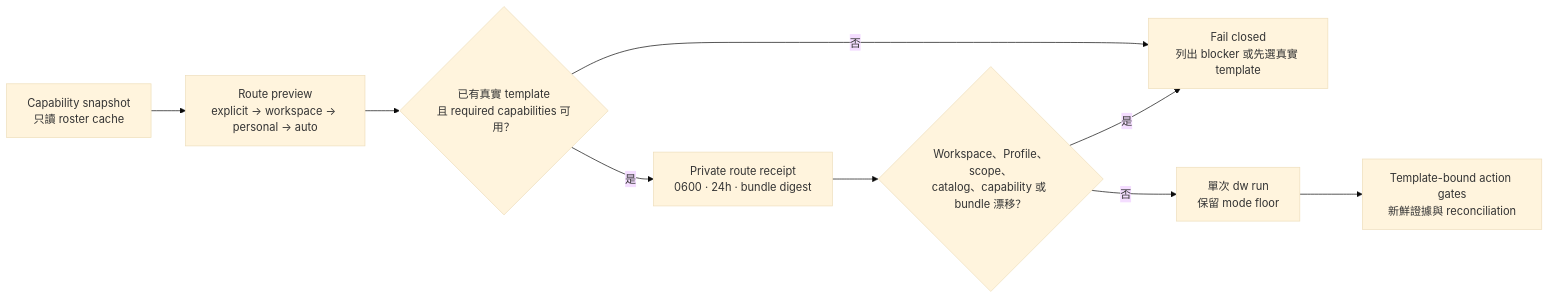
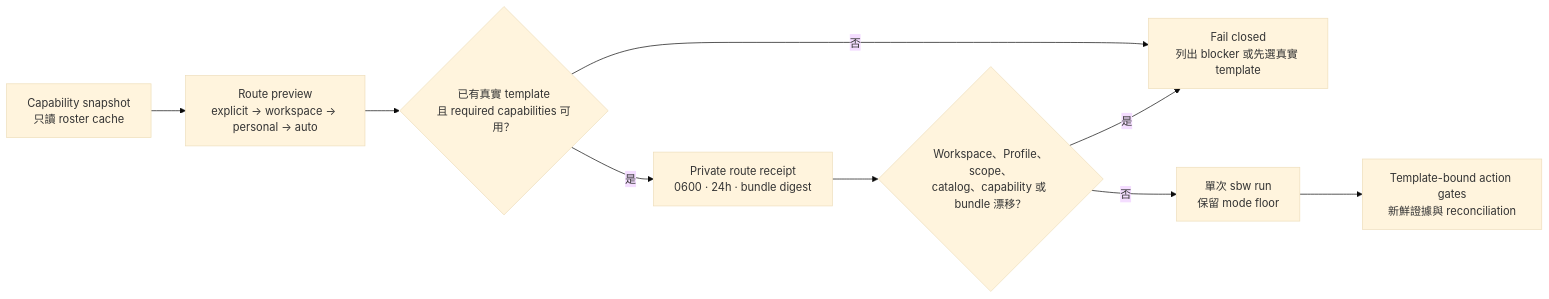
One commit to stephen-taipei/better-workflows changed the second of 4 diagrams in docs/README.zh-TW.md. Above: the diagram before and after it, drawn with Mermaid (base theme). The commit also changed other lines of this file and 23 other files, not shown here.

````diff
--- a/docs/README.zh-TW.md
+++ b/docs/README.zh-TW.md
@@ -176,11 +176,11 @@
 ```mermaid
 flowchart LR
   A["Capability snapshot<br/>只讀 roster cache"] --> B["Route preview<br/>explicit → workspace → personal → auto"]
   B --> C{"已有真實 template<br/>且 required capabilities 可用？"}
   C -- "否" --> D["Fail closed<br/>列出 blocker 或先選真實 template"]
   C -- "是" --> E["Private route receipt<br/>0600 · 24h · bundle digest"]
   E --> F{"Workspace、Profile、scope、<br/>catalog、capability 或 bundle 漂移？"}
   F -- "是" --> D
-  F -- "否" --> G["單次 dw run<br/>保留 mode floor"]
+  F -- "否" --> G["單次 sbw run<br/>保留 mode floor"]
   G --> H["Template-bound action gates<br/>新鮮證據與 reconciliation"]
 ```
````
